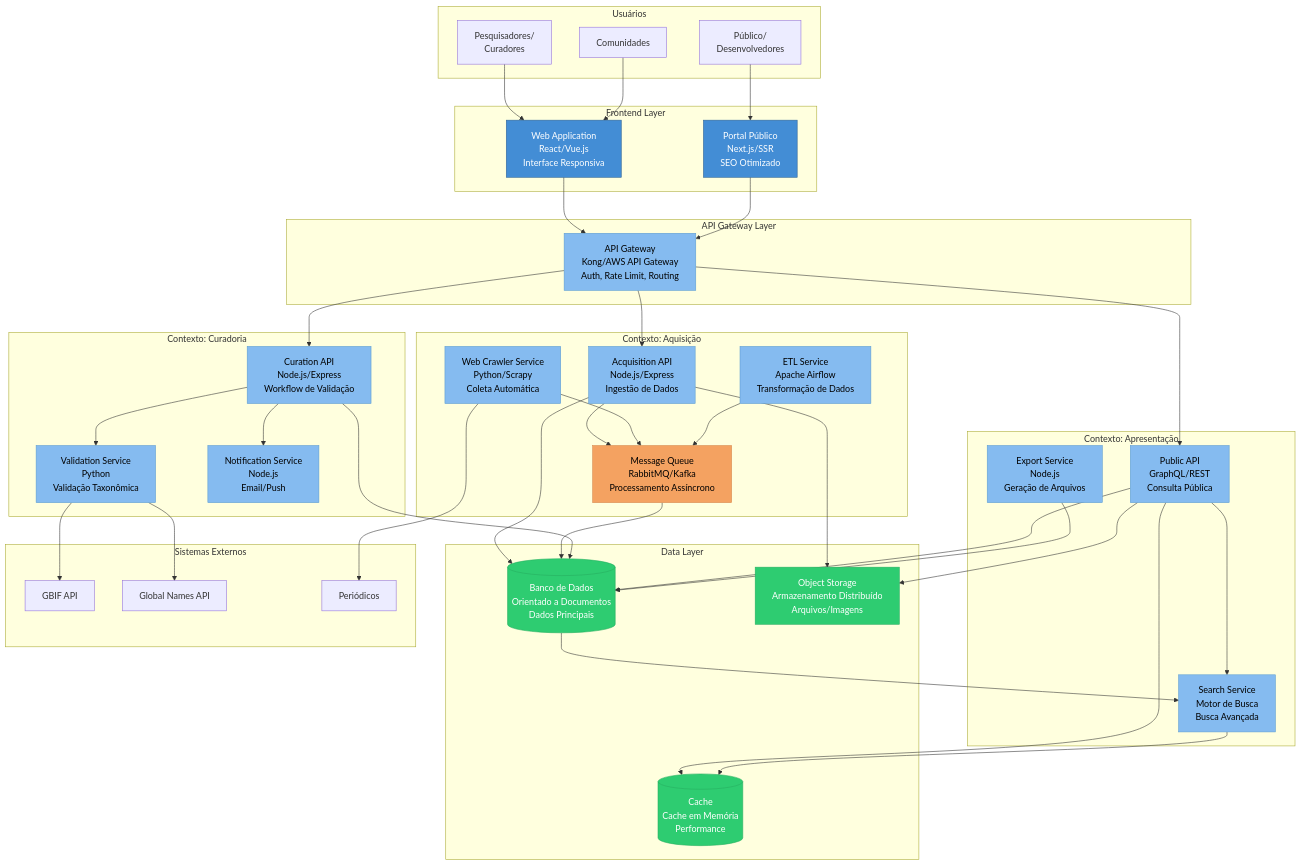
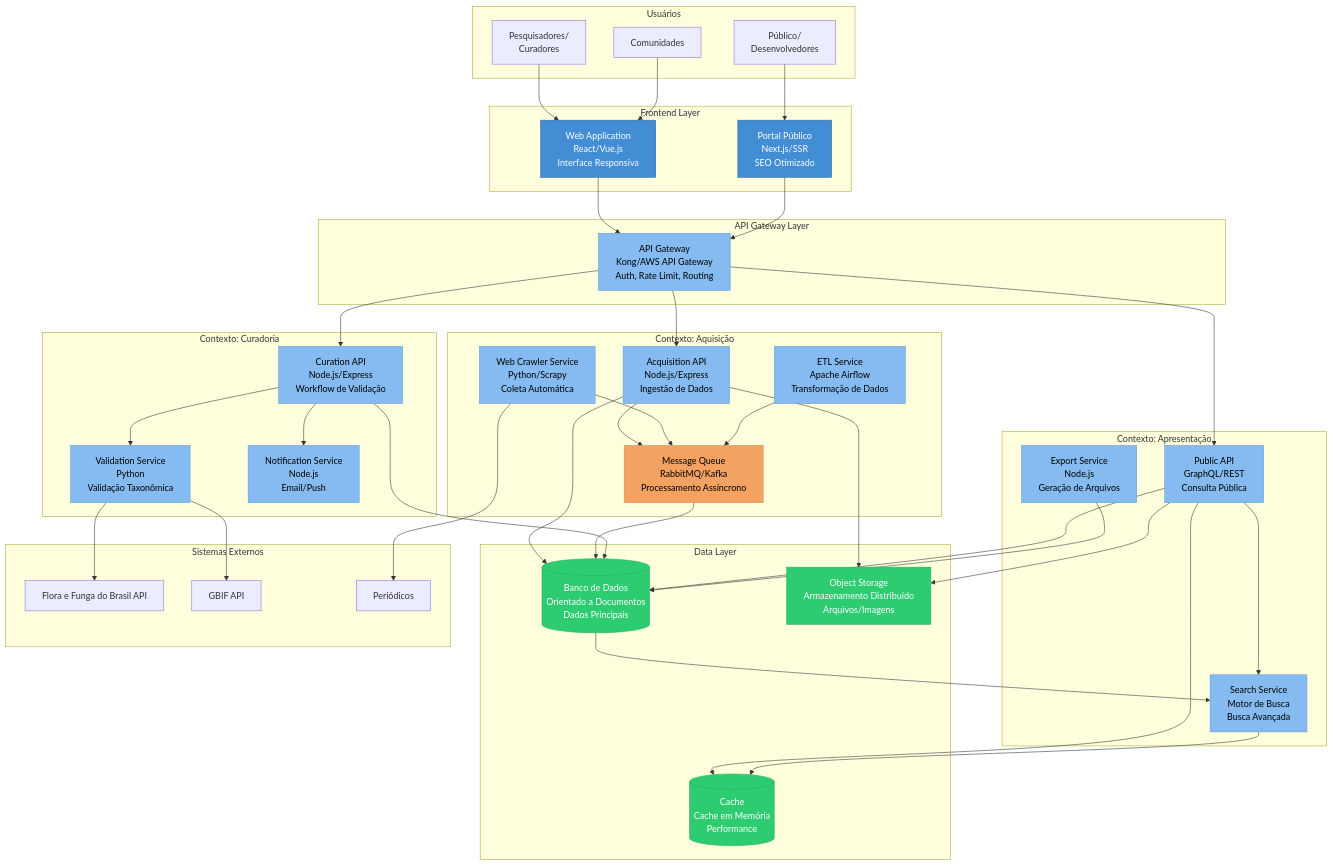
The diagram in docs/c4-model/02-container-diagram.md (edalcin/etnoArquitetura), drawn with Mermaid before and after one commit. The commit also changed other lines of this file and 4 other files, not shown here.

First line of the commit message:
Replace Global Names Verifier with Flora e Funga do Brasil as primary validation

```diff
--- a/docs/c4-model/02-container-diagram.md
+++ b/docs/c4-model/02-container-diagram.md
@@ -49,8 +49,8 @@
     end
 
     subgraph "Sistemas Externos"
+        FLORA[Flora e Funga do Brasil API]
         GBIF[GBIF API]
-        GN[Global Names API]
         JOURNALS[Periódicos]
     end
 
@@ -74,8 +74,8 @@
     CUR_API --> DB
     CUR_API --> VAL
     CUR_API --> NOTIF
+    VAL --> FLORA
     VAL --> GBIF
-    VAL --> GN
 
     PUB_API --> DB
     PUB_API --> SEARCH
```
